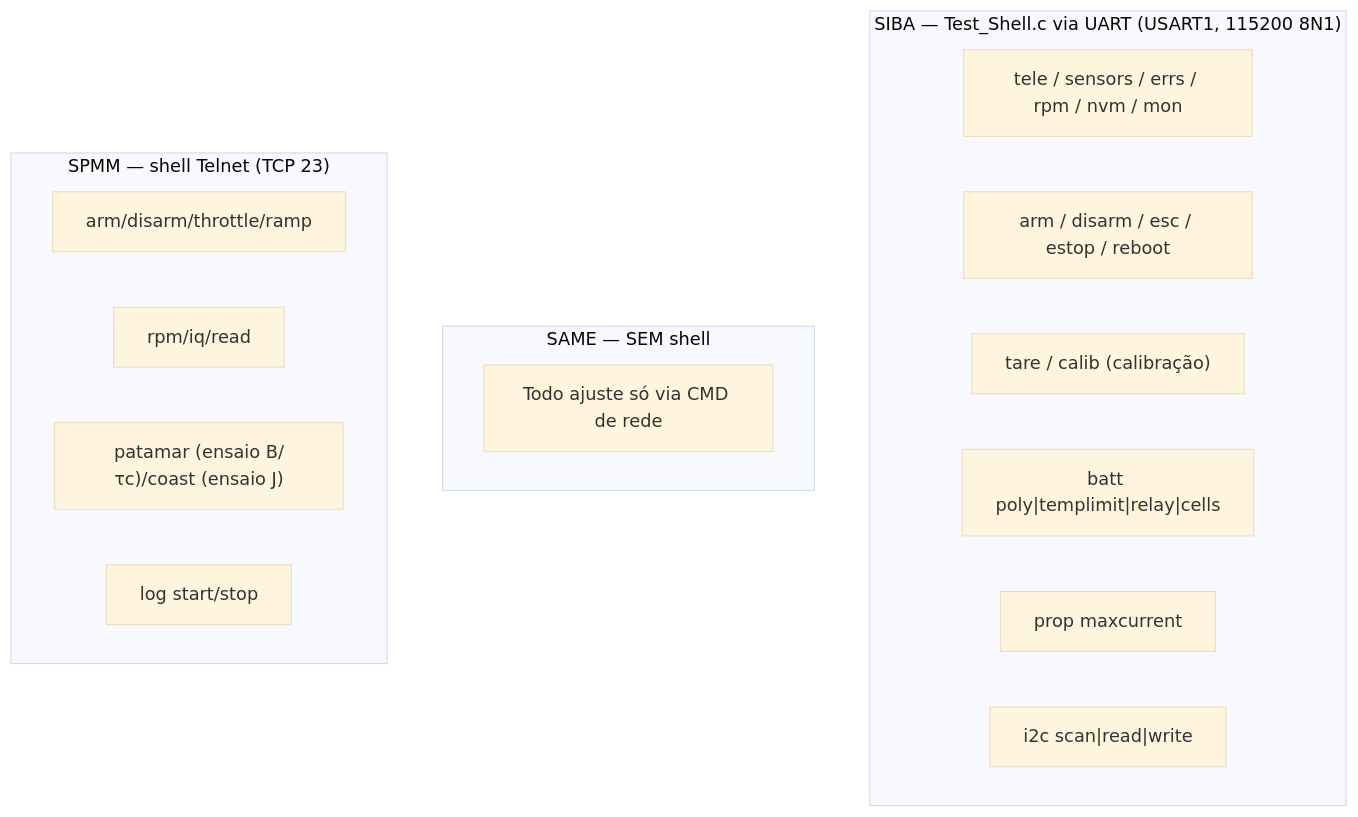
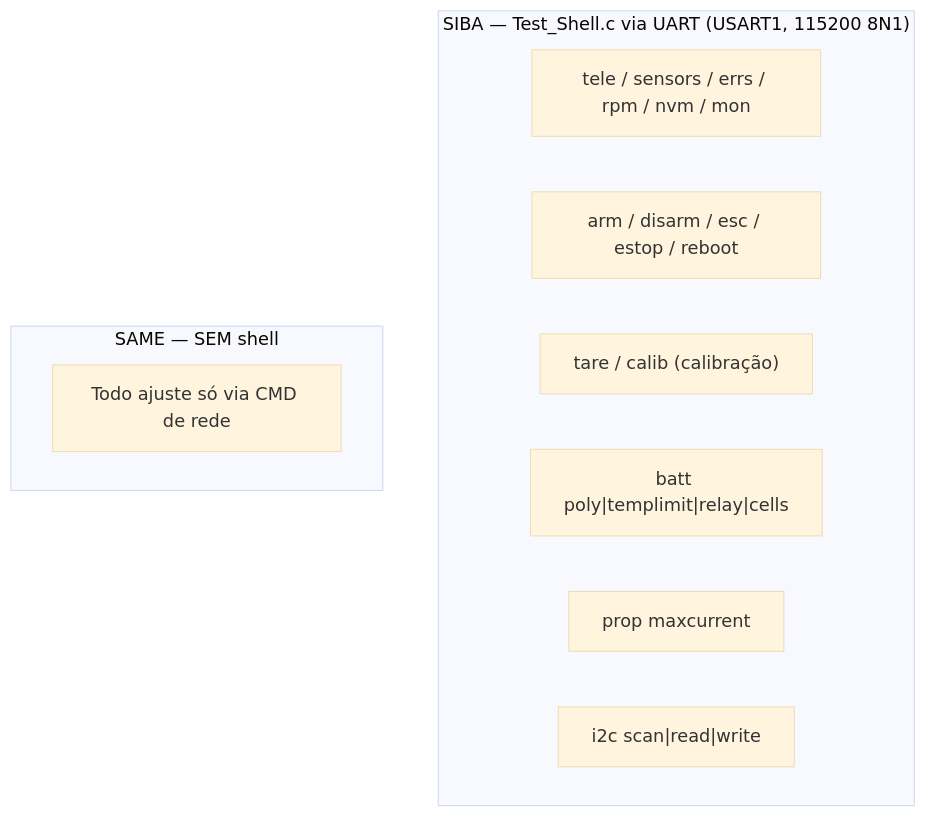
The fifth of 5 diagrams in Codigos/README.md (vitordallolivo/TCC), drawn with Mermaid (base theme) before and after one commit. The commit also changed other lines of this file and 59 other files, not shown here.

````diff
--- a/Codigos/README.md
+++ b/Codigos/README.md
@@ -160,20 +136,14 @@
 ```mermaid
 flowchart TD
     subgraph SIBAsh["SIBA — Test_Shell.c via UART (USART1, 115200 8N1)"]
         s1["tele / sensors / errs / rpm / nvm / mon"]
         s2["arm / disarm / esc / estop / reboot"]
         s3["tare / calib (calibração)"]
         s4["batt poly|templimit|relay|cells"]
         s5["prop maxcurrent"]
         s6["i2c scan|read|write"]
     end
     subgraph SAMEsh["SAME — SEM shell"]
         n1["Todo ajuste só via CMD de rede"]
     end
-    subgraph SPMMsh["SPMM — shell Telnet (TCP 23)"]
-        p1["arm/disarm/throttle/ramp"]
-        p2["rpm/iq/read"]
-        p3["patamar (ensaio B/τc)/coast (ensaio J)"]
-        p4["log start/stop"]
-    end
 ```
````
